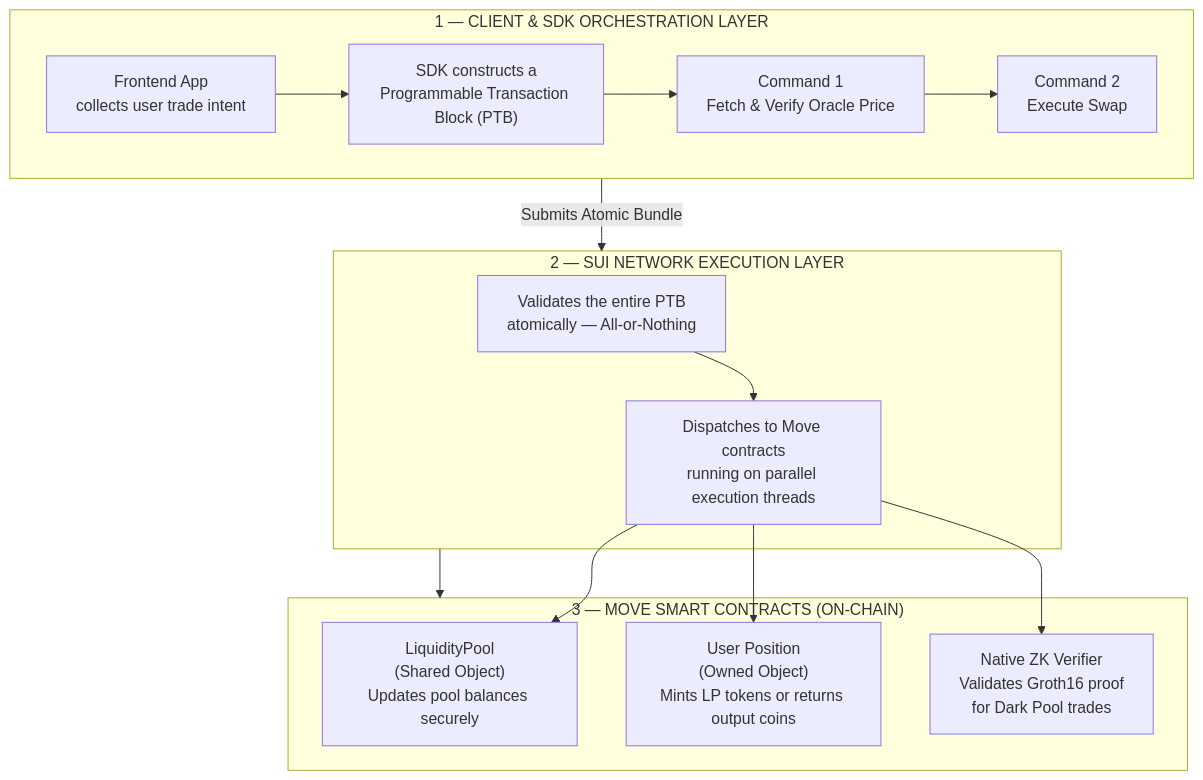
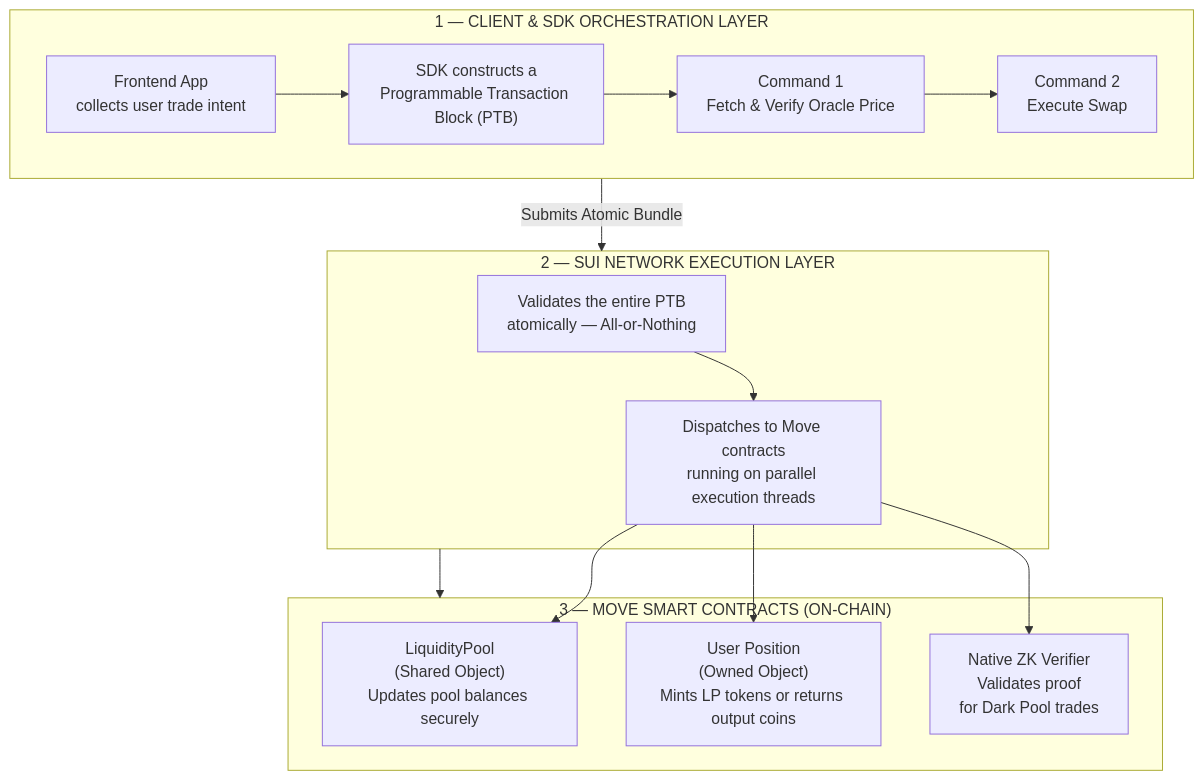
One commit to Cipher3033/dex changed the diagram in README.md. Above: the diagram before and after it, drawn with Mermaid. The commit also changed other lines of this file and 9 other files, not shown here.

````diff
--- a/README.md
+++ b/README.md
@@ -24,26 +24,26 @@
 ```mermaid
 flowchart TD
     subgraph L1 ["1 — CLIENT & SDK ORCHESTRATION LAYER"]
         A["Frontend App\ncollects user trade intent"]
         B["SDK constructs a\nProgrammable Transaction Block (PTB)"]
         C1["Command 1\nFetch & Verify Oracle Price"]
         C2["Command 2\nExecute Swap"]
         A --> B --> C1 --> C2
     end
 
     subgraph L2 ["2 — SUI NETWORK EXECUTION LAYER"]
         D["Validates the entire PTB\natomically — All-or-Nothing"]
         E["Dispatches to Move contracts\nrunning on parallel execution threads"]
         D --> E
     end
 
     subgraph L3 ["3 — MOVE SMART CONTRACTS (ON-CHAIN)"]
         F["LiquidityPool\n(Shared Object)\nUpdates pool balances securely"]
         G["User Position\n(Owned Object)\nMints LP tokens or returns output coins"]
-        H["Native ZK Verifier\nValidates Groth16 proof\nfor Dark Pool trades"]
+        H["Native ZK Verifier\nValidates proof\nfor Dark Pool trades"]
     end
 
     L1 -- "Submits Atomic Bundle" --> L2
     L2 --> L3
     E --> F & G & H
 ```
````
